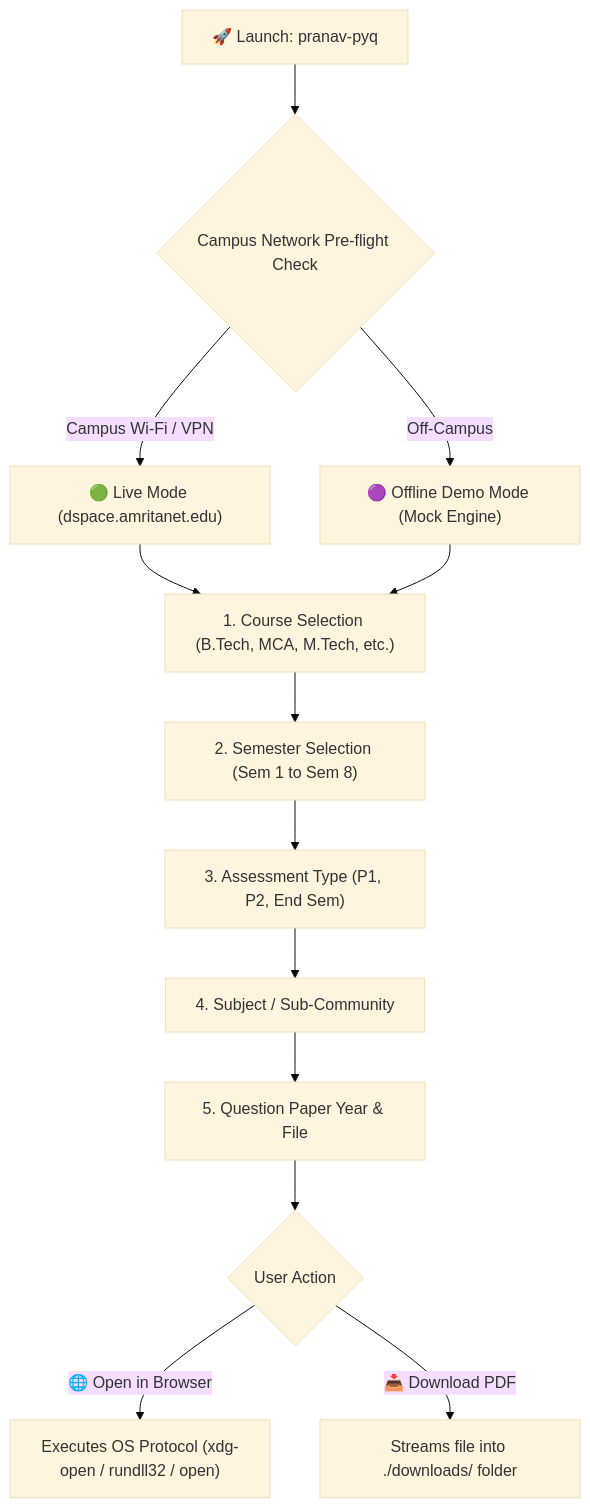
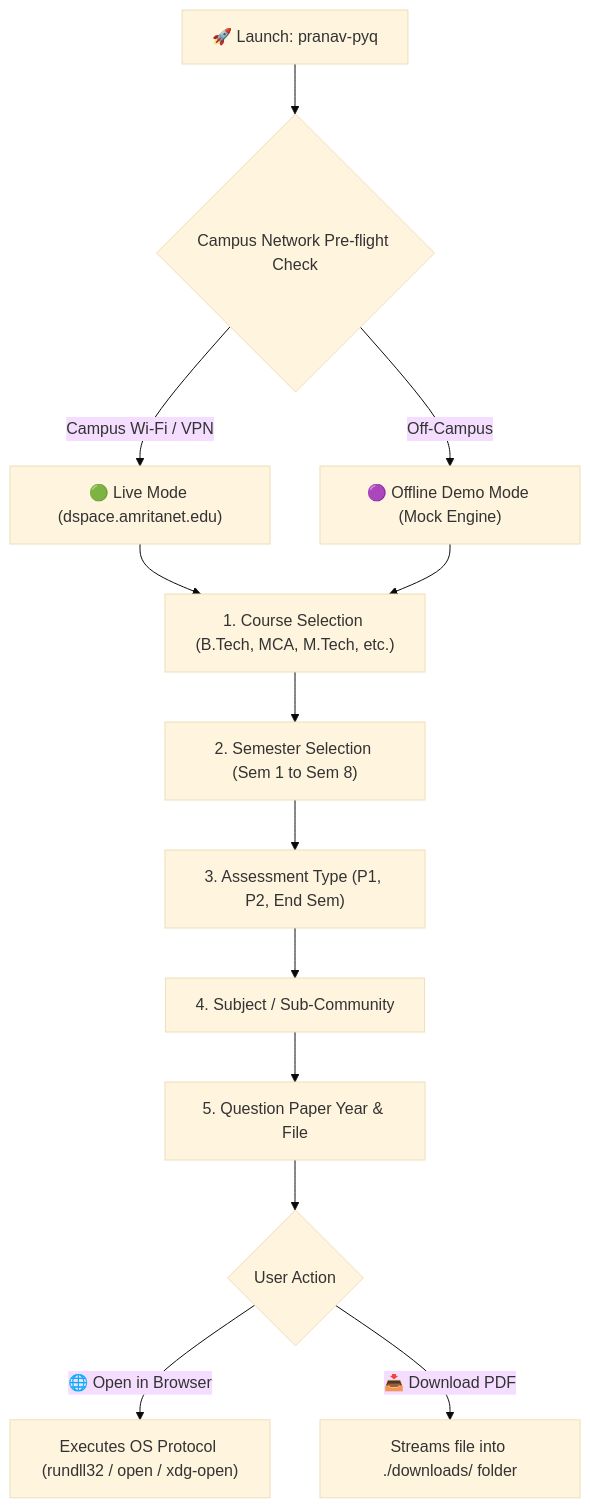
The diagram in README.md (pkpranav-projects/PRANAV-PYQ-FETCHER-AMRITA), drawn with Mermaid (base theme) before and after one commit. The commit also changed other lines of this file and 5 other files, not shown here.

````diff
--- a/README.md
+++ b/README.md
@@ -145,18 +215,18 @@
 ```mermaid
 flowchart TD
     A["🚀 Launch: pranav-pyq"] --> B{"Campus Network Pre-flight Check"}
     B -->|"Campus Wi-Fi / VPN"| C["🟢 Live Mode (dspace.amritanet.edu)"]
     B -->|"Off-Campus"| D["🟣 Offline Demo Mode (Mock Engine)"]
     
     C --> M1["1. Course Selection (B.Tech, MCA, M.Tech, etc.)"]
     D --> M1
     
     M1 --> M2["2. Semester Selection (Sem 1 to Sem 8)"]
     M2 --> M3["3. Assessment Type (P1, P2, End Sem)"]
     M3 --> M4["4. Subject / Sub-Community"]
     M4 --> M5["5. Question Paper Year & File"]
     
     M5 --> ACT{"User Action"}
-    ACT -->|"🌐 Open in Browser"| BROWSER["Executes OS Protocol (xdg-open / rundll32 / open)"]
+    ACT -->|"🌐 Open in Browser"| BROWSER["Executes OS Protocol (rundll32 / open / xdg-open)"]
     ACT -->|"📥 Download PDF"| DISK["Streams file into ./downloads/ folder"]
 ```
````
